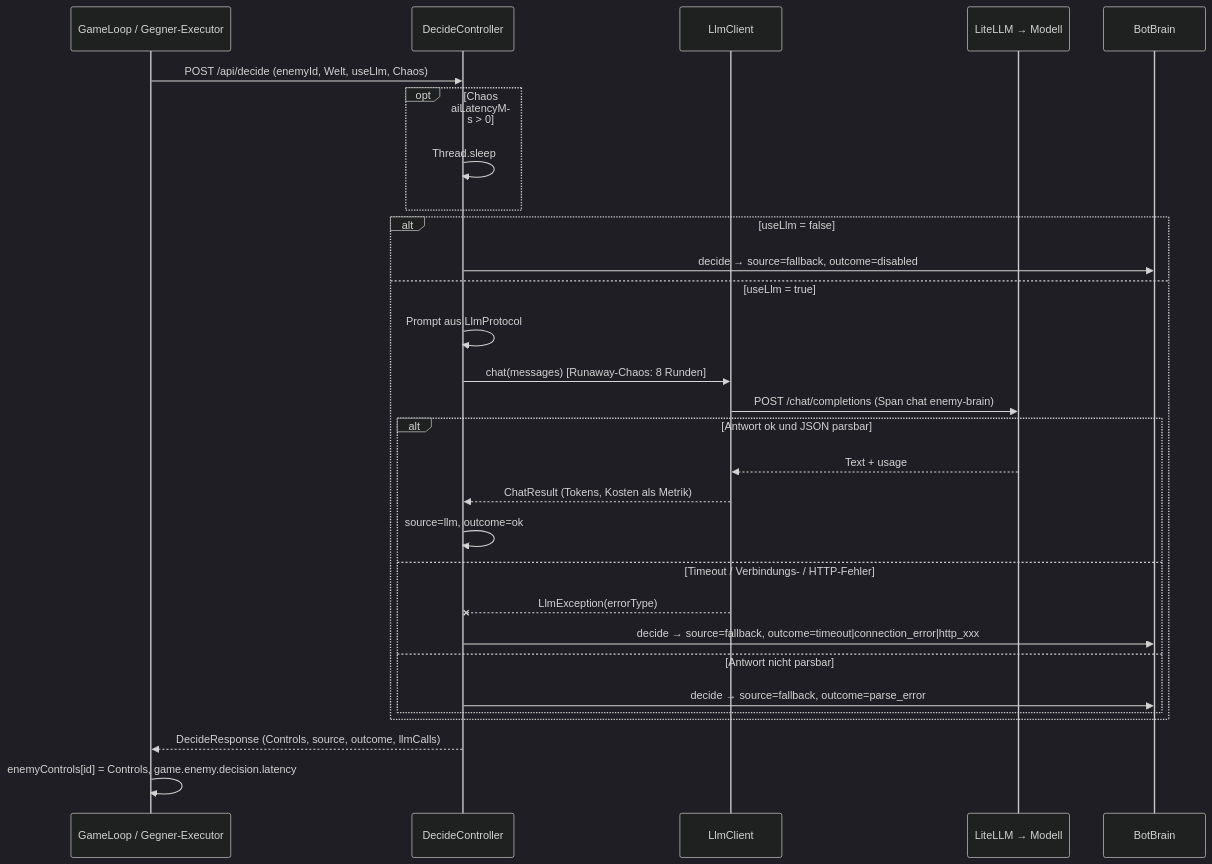
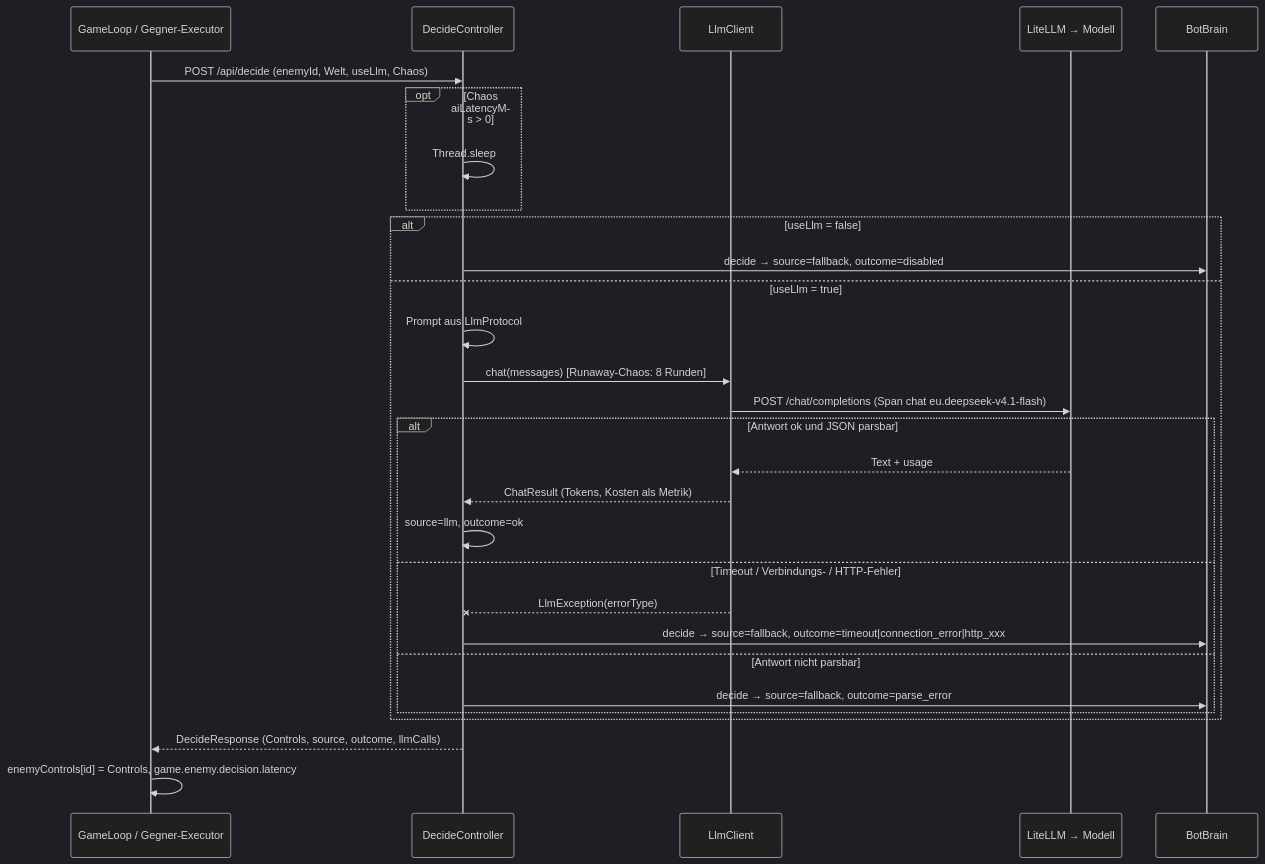
The third of 4 diagrams in arc-doc/06-Laufzeitsicht/06-01-Szenarien.md (c-kaiser/u-boot-arcade), drawn with Mermaid (dark theme) before and after one commit. The commit also changed 30 other files, not shown here.

````diff
--- a/arc-doc/06-Laufzeitsicht/06-01-Szenarien.md
+++ b/arc-doc/06-Laufzeitsicht/06-01-Szenarien.md
@@ -106,32 +106,32 @@
 ```mermaid
 sequenceDiagram
     participant E as GameLoop / Gegner-Executor
     participant D as DecideController
     participant C as LlmClient
     participant X as LiteLLM → Modell
     participant B as BotBrain
 
     E->>D: POST /api/decide (enemyId, Welt, useLlm, Chaos)
     opt Chaos aiLatencyMs > 0
         D->>D: Thread.sleep
     end
     alt useLlm = false
         D->>B: decide → source=fallback, outcome=disabled
     else useLlm = true
         D->>D: Prompt aus LlmProtocol
         D->>C: chat(messages) [Runaway-Chaos: 8 Runden]
-        C->>X: POST /chat/completions (Span chat enemy-brain)
+        C->>X: POST /chat/completions (Span chat eu.deepseek-v4.1-flash)
         alt Antwort ok und JSON parsbar
             X-->>C: Text + usage
             C-->>D: ChatResult (Tokens, Kosten als Metrik)
             D->>D: source=llm, outcome=ok
         else Timeout / Verbindungs- / HTTP-Fehler
             C--xD: LlmException(errorType)
             D->>B: decide → source=fallback, outcome=timeout|connection_error|http_xxx
         else Antwort nicht parsbar
             D->>B: decide → source=fallback, outcome=parse_error
         end
     end
     D-->>E: DecideResponse (Controls, source, outcome, llmCalls)
     E->>E: enemyControls[id] = Controls, game.enemy.decision.latency
 ```
````
